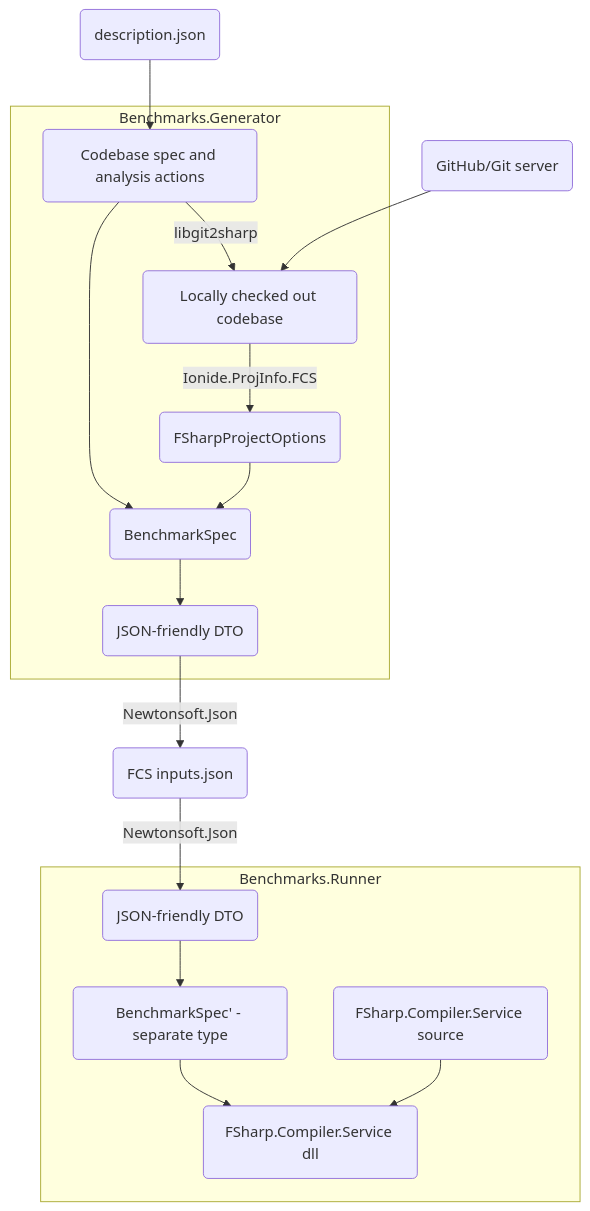
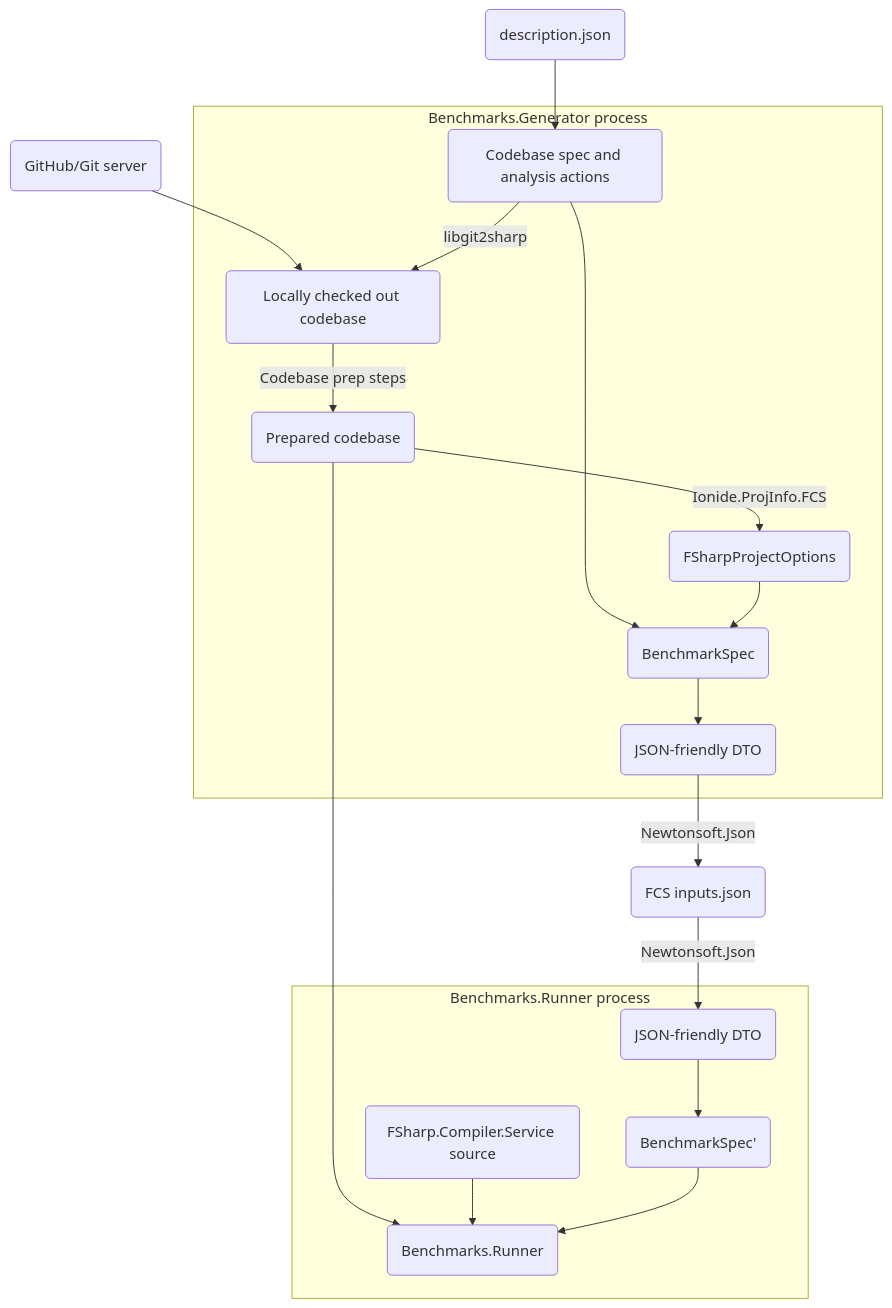
The second of 2 diagrams in README.md (safesparrow/fsharp-benchmark-generator), drawn with Mermaid before and after one commit. The commit also changed other lines of this file, not shown here.

````diff
--- a/README.md
+++ b/README.md
@@ -25,21 +34,23 @@
 ```mermaid
 graph TD;
     AA(description.json)
     AA-->A
     AB(GitHub/Git server)
     AB-->B
-    subgraph Benchmarks.Generator
+    subgraph Benchmarks.Generator process
         A(Codebase spec and analysis actions)-->|libgit2sharp| B(Locally checked out codebase);
-        B-->|Ionide.ProjInfo.FCS| C(FSharpProjectOptions)
+        B-->|Codebase prep steps| B1(Prepared codebase)
+        B1-->|Ionide.ProjInfo.FCS| C(FSharpProjectOptions)
         A-->D(BenchmarkSpec)
         C-->D
         D-->E(JSON-friendly DTO)
     end
     E-->|Newtonsoft.Json|F(FCS inputs.json)
     F-->|Newtonsoft.Json|G(JSON-friendly DTO)
-    subgraph Benchmarks.Runner
-        G-->H(BenchmarkSpec' - separate type)
-        J(FSharp.Compiler.Service source)-->K(FSharp.Compiler.Service dll)
+    B1-->K
+    subgraph Benchmarks.Runner process
+        G-->H(BenchmarkSpec')
+        J(FSharp.Compiler.Service source)-->K(Benchmarks.Runner)
         H-->K
     end
 ```
````
